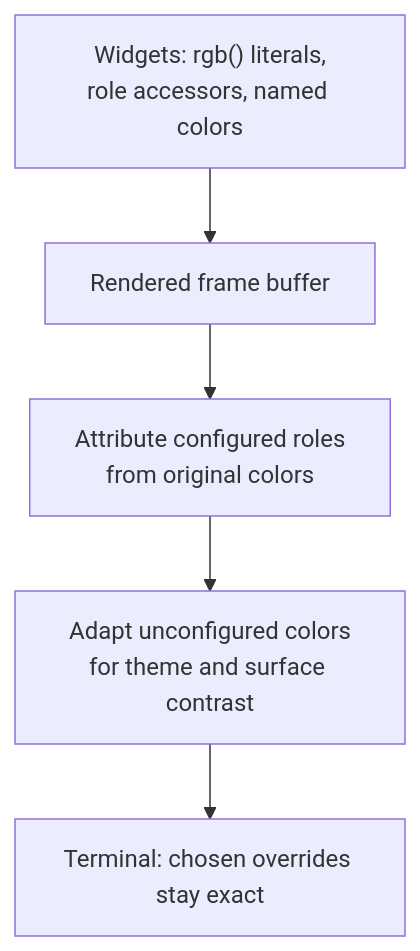
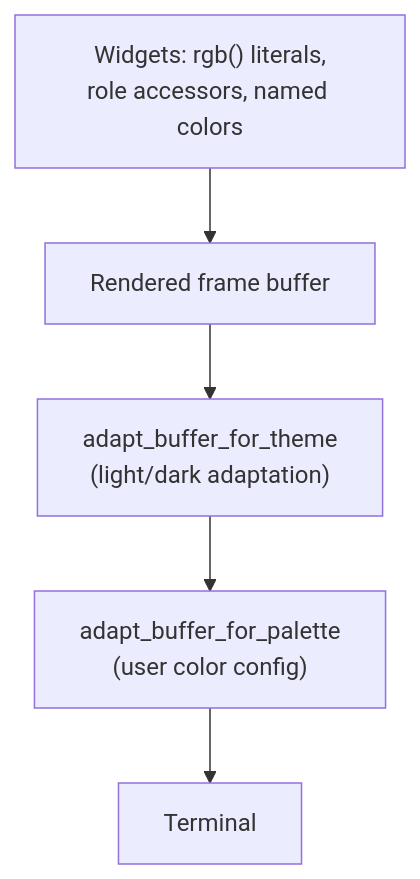
One commit to KooshaPari/KCode changed the diagram in docs/TUI_COLOR_CONFIGURATION.md. Above: the diagram before and after it, drawn with Mermaid. The commit also changed other lines of this file and 3017 other files, not shown here.

````diff
--- a/docs/TUI_COLOR_CONFIGURATION.md
+++ b/docs/TUI_COLOR_CONFIGURATION.md
@@ -53,7 +53,7 @@
 ```mermaid
 flowchart TD
     A["Widgets: rgb() literals,<br/>role accessors, named colors"] --> B["Rendered frame buffer"]
-    B --> C["Attribute configured roles<br/>from original colors"]
-    C --> D["Adapt unconfigured colors<br/>for theme and surface contrast"]
-    D --> E["Terminal: chosen overrides stay exact"]
+    B --> C["adapt_buffer_for_theme<br/>(light/dark adaptation)"]
+    C --> D["adapt_buffer_for_palette<br/>(user color config)"]
+    D --> E[Terminal]
 ```
````
